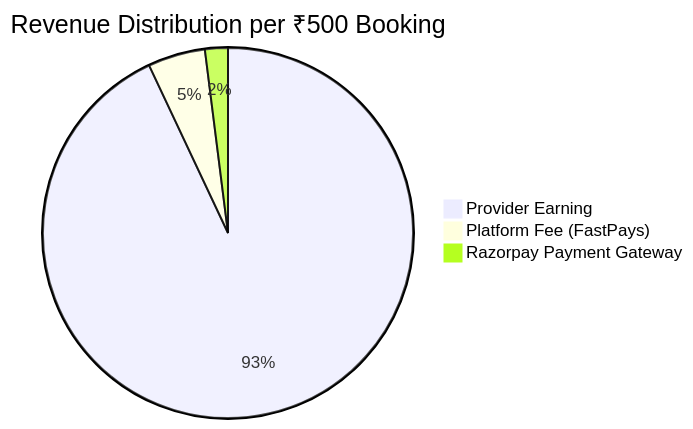
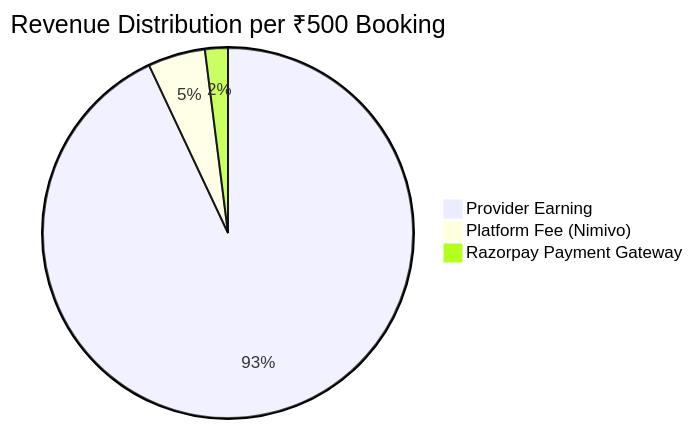
Diagram 11 of 21 in WORKFLOW_DIAGRAMS.md (ashutosh48555/Nimivo), drawn with Mermaid before and after one commit. The commit also changed other lines of this file and 22 other files, not shown here.

````diff
--- a/WORKFLOW_DIAGRAMS.md
+++ b/WORKFLOW_DIAGRAMS.md
@@ -417,6 +417,6 @@
 ```mermaid
 pie title Revenue Distribution per ₹500 Booking
     "Provider Earning" : 465
-    "Platform Fee (FastPays)" : 25
+    "Platform Fee (Nimivo)" : 25
     "Razorpay Payment Gateway" : 10
 ```
````
